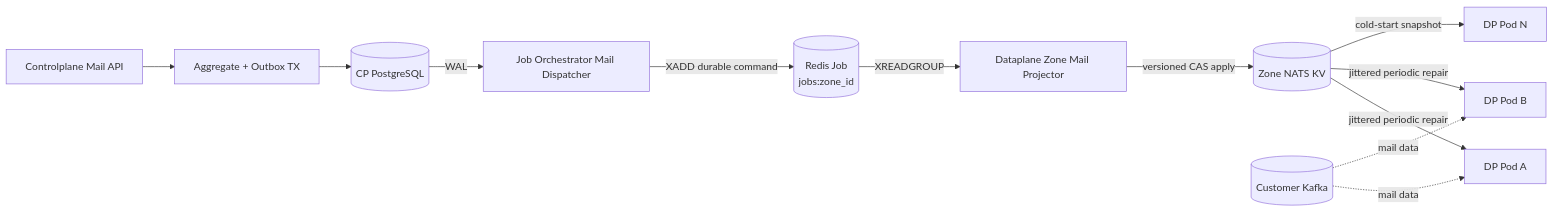
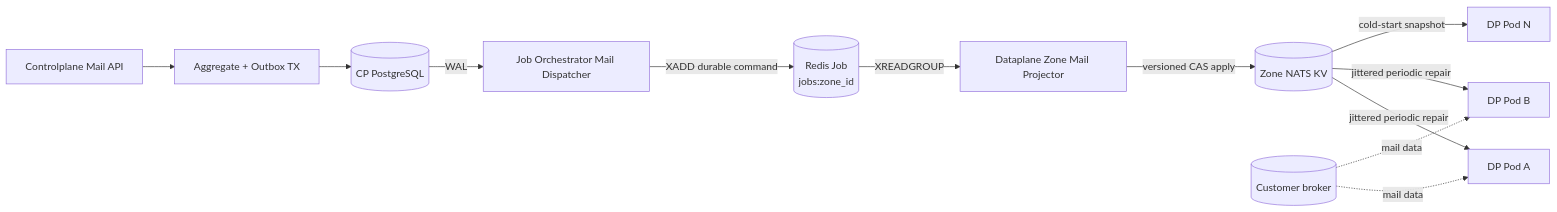
The first of 3 diagrams in god_view/mail/mail_configuration_projection_god_view.md (phucle996/aurora), drawn with Mermaid before and after one commit. The commit also changed other lines of this file and 37 other files, not shown here.

````diff
--- a/god_view/mail/mail_configuration_projection_god_view.md
+++ b/god_view/mail/mail_configuration_projection_god_view.md
@@ -24,15 +24,15 @@
 ```mermaid
 flowchart LR
     API[Controlplane Mail API] --> TX[Aggregate + Outbox TX]
     TX --> DB[(CP PostgreSQL)]
     DB -->|WAL| JO[Job Orchestrator Mail Dispatcher]
     JO -->|XADD durable command| RJ[(Redis Job<br/>jobs:zone_id)]
     RJ -->|XREADGROUP| ZP[Dataplane Zone Mail Projector]
     ZP -->|versioned CAS apply| L2[(Zone NATS KV)]
     L2 -->|jittered periodic repair| DP1[DP Pod A]
     L2 -->|jittered periodic repair| DP2[DP Pod B]
     L2 -->|cold-start snapshot| DPN[DP Pod N]
 
-    K[(Customer Kafka)] -. mail data .-> DP1
+    K[(Customer broker)] -. mail data .-> DP1
     K -. mail data .-> DP2
 ```
````
